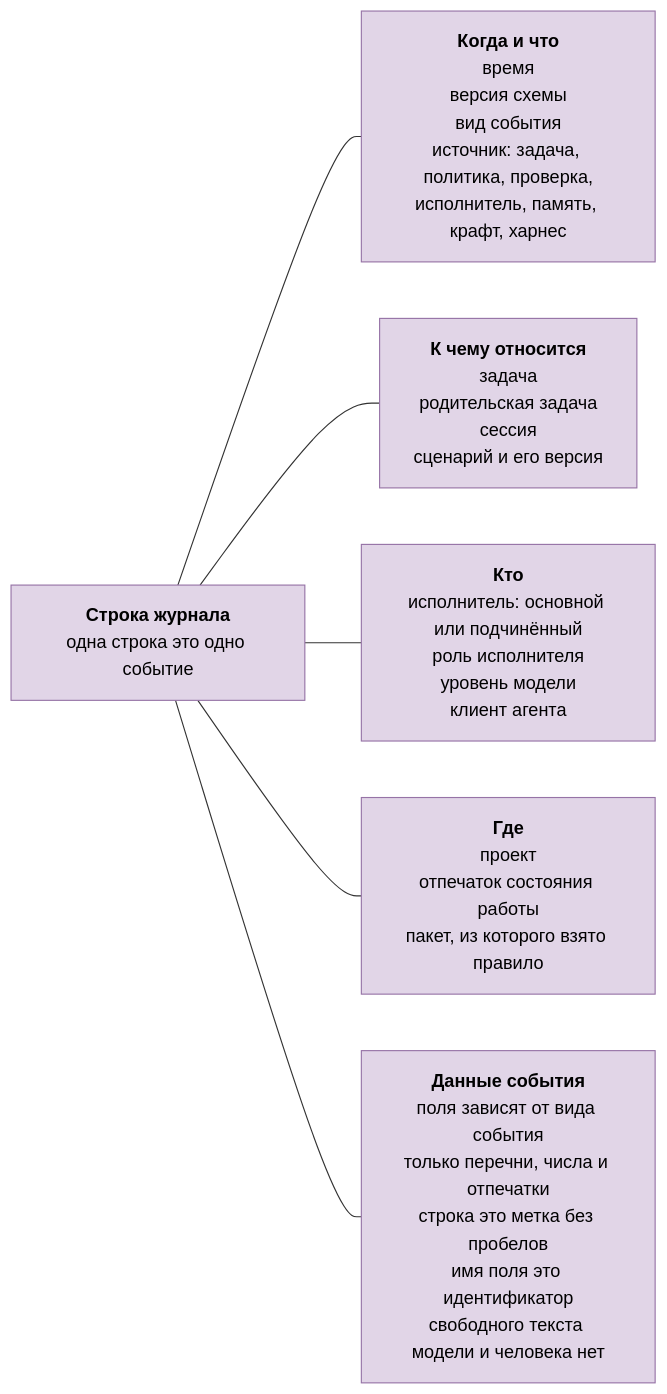
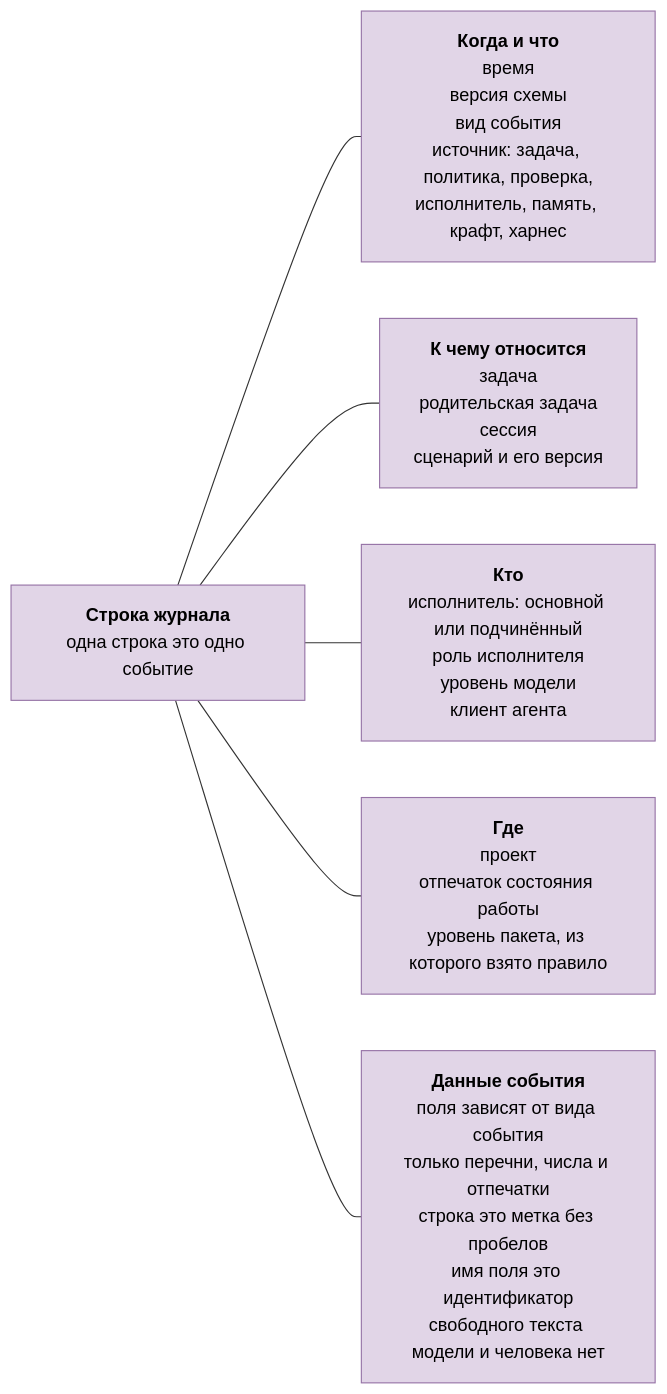
One commit to roygkov/reins changed diagram 12 of 28 in docs/spec/harness-spec.md. Above: the diagram before and after it, drawn with Mermaid. The commit also changed other lines of this file, not shown here.

````diff
--- a/docs/spec/harness-spec.md
+++ b/docs/spec/harness-spec.md
@@ -619,17 +644,17 @@
 ```mermaid
 flowchart LR
   classDef core fill:#e1d5e7,stroke:#9673a6,color:#000
 
   row["<b>Строка журнала</b><br/>одна строка это одно событие"]:::core
   g1["<b>Когда и что</b><br/>время<br/>версия схемы<br/>вид события<br/>источник: задача, политика, проверка,<br/>исполнитель, память, крафт, харнес"]:::core
   g2["<b>К чему относится</b><br/>задача<br/>родительская задача<br/>сессия<br/>сценарий и его версия"]:::core
   g3["<b>Кто</b><br/>исполнитель: основной или подчинённый<br/>роль исполнителя<br/>уровень модели<br/>клиент агента"]:::core
-  g4["<b>Где</b><br/>проект<br/>отпечаток состояния работы<br/>пакет, из которого взято правило"]:::core
+  g4["<b>Где</b><br/>проект<br/>отпечаток состояния работы<br/>уровень пакета, из которого взято правило"]:::core
   g5["<b>Данные события</b><br/>поля зависят от вида события<br/>только перечни, числа и отпечатки<br/>строка это метка без пробелов<br/>имя поля это идентификатор<br/>свободного текста модели и человека нет"]:::core
 
   row --- g1
   row --- g2
   row --- g3
   row --- g4
   row --- g5
 ```
````
